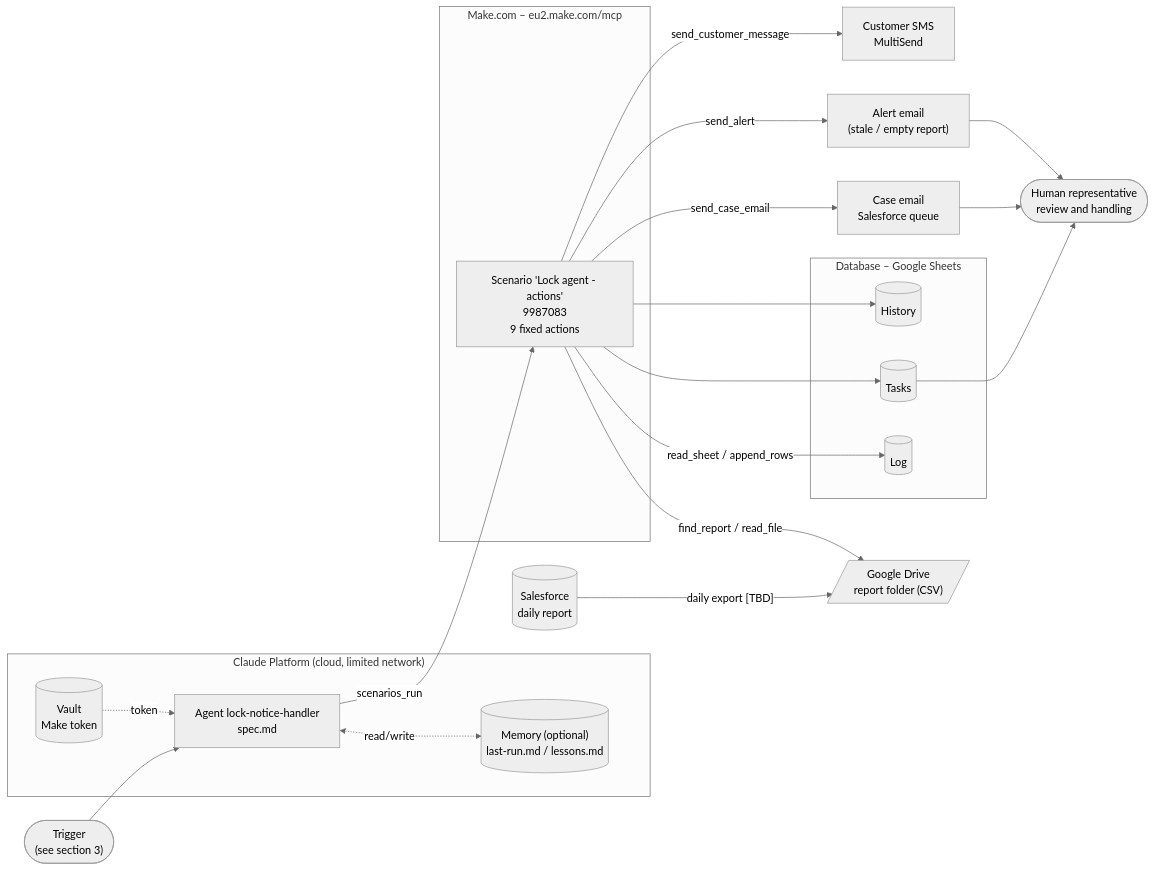
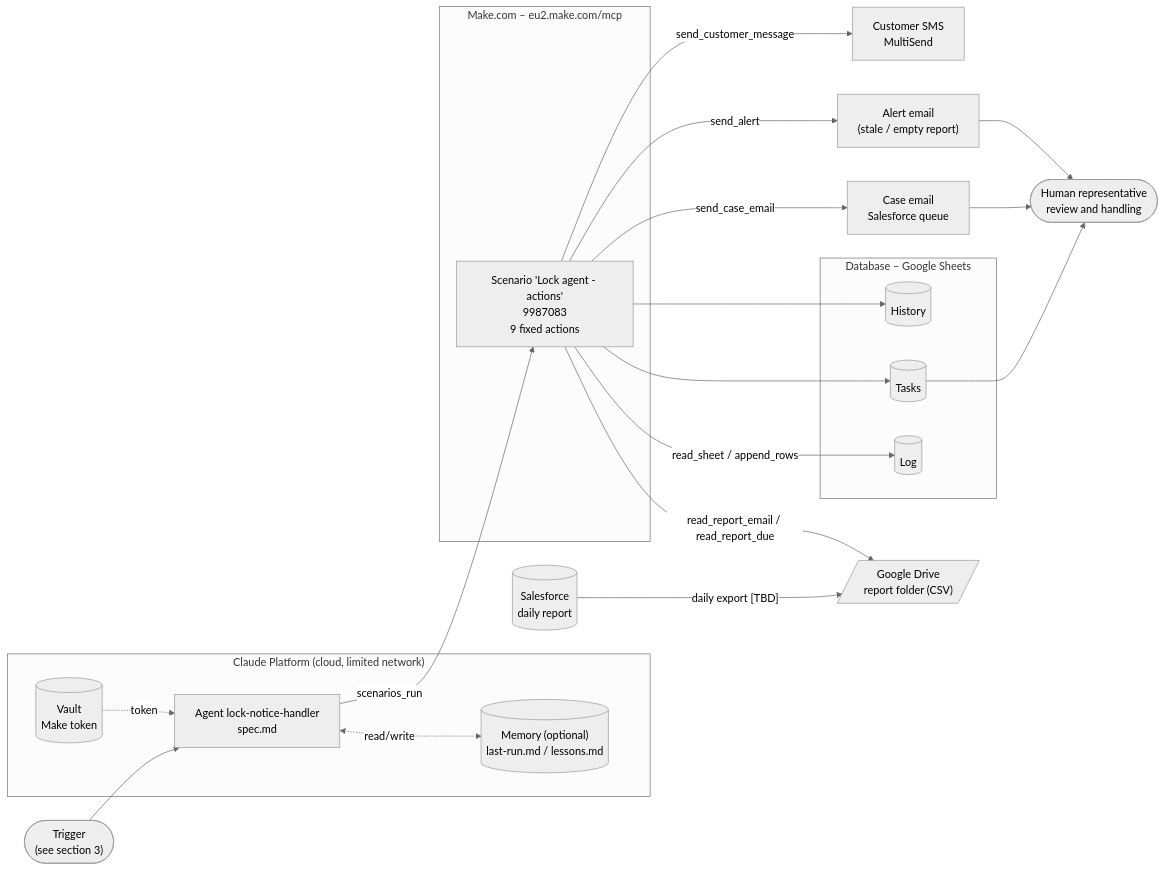
Before and after one commit to asaeltaragan-cpu/Time_limit: the first of 4 diagrams in Architecture.md, drawn with Mermaid (neutral theme). The commit also changed other lines of this file and 3 other files, not shown here.

````diff
--- a/Architecture.md
+++ b/Architecture.md
@@ -23,43 +23,43 @@
 ```mermaid
 flowchart LR
     SF[("Salesforce<br/>daily report")]
     DRIVE[/"Google Drive<br/>report folder (CSV)"/]
     TRIG(["Trigger<br/>(see section 3)"])
 
     subgraph ANTH["Claude Platform (cloud, limited network)"]
         AGENT["Agent lock-notice-handler<br/>spec.md"]
         VAULT[("Vault<br/>Make token")]
         MEM[("Memory (optional)<br/>last-run.md / lessons.md")]
     end
 
     subgraph MAKE["Make.com – eu2.make.com/mcp"]
         SCN["Scenario 'Lock agent - actions'<br/>9987083<br/>9 fixed actions"]
     end
 
     subgraph DB["Database – Google Sheets"]
         LOG[("Log")]
         TASKS[("Tasks")]
         HIST[("History")]
     end
 
     MAIL["Case email<br/>Salesforce queue"]
     ALERT["Alert email<br/>(stale / empty report)"]
     CUST["Customer SMS<br/>MultiSend"]
     HUMAN(["Human representative<br/>review and handling"])
 
     SF -- "daily export [TBD]" --> DRIVE
     TRIG --> AGENT
     VAULT -. "token" .-> AGENT
     AGENT <-. "read/write" .-> MEM
     AGENT -- "scenarios_run" --> SCN
-    SCN -- "find_report / read_file" --> DRIVE
+    SCN -- "read_report_email / read_report_due" --> DRIVE
     SCN -- "read_sheet / append_rows" --> LOG
     SCN --> TASKS
     SCN --> HIST
     SCN -- "send_case_email" --> MAIL
     SCN -- "send_alert" --> ALERT
     SCN -- "send_customer_message" --> CUST
     TASKS --> HUMAN
     MAIL --> HUMAN
     ALERT --> HUMAN
 ```
````
